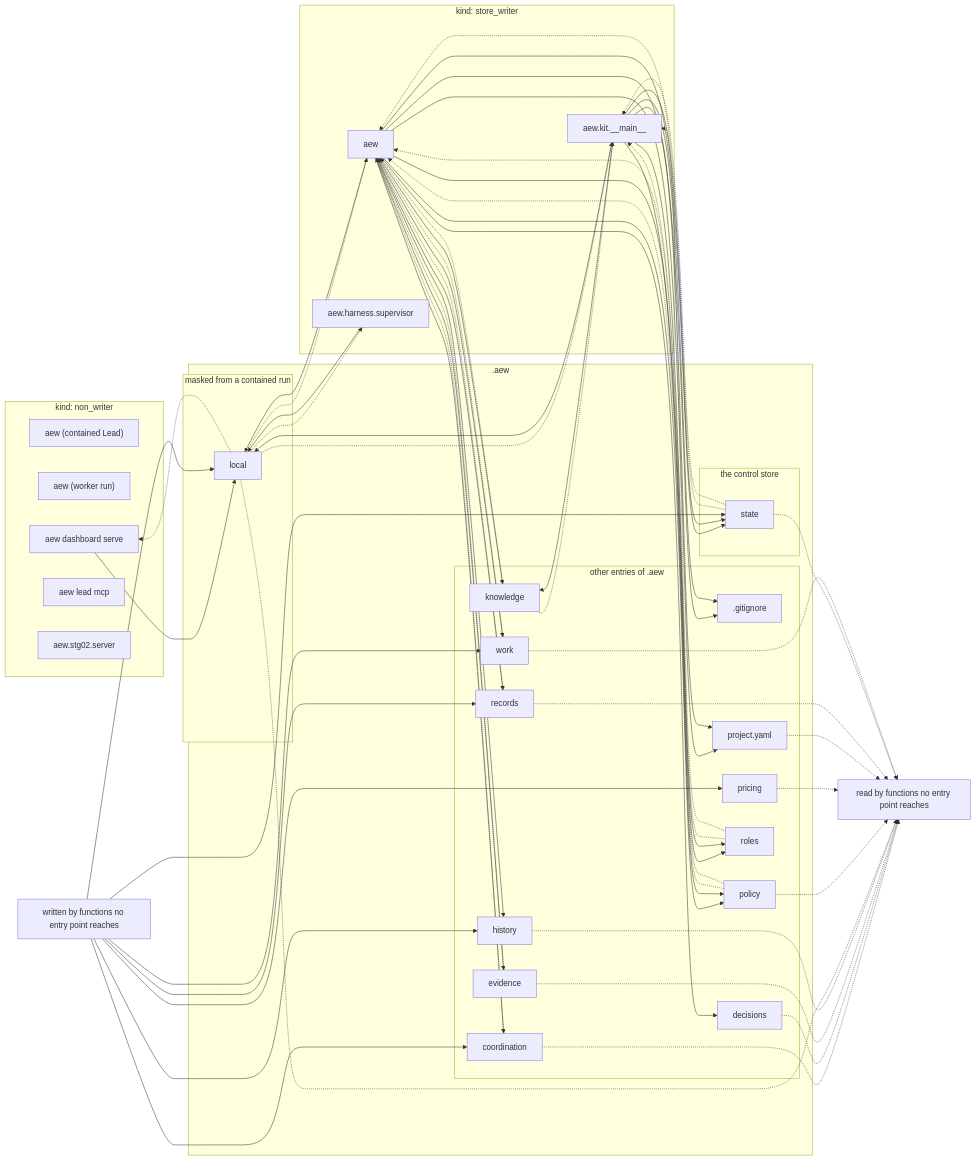
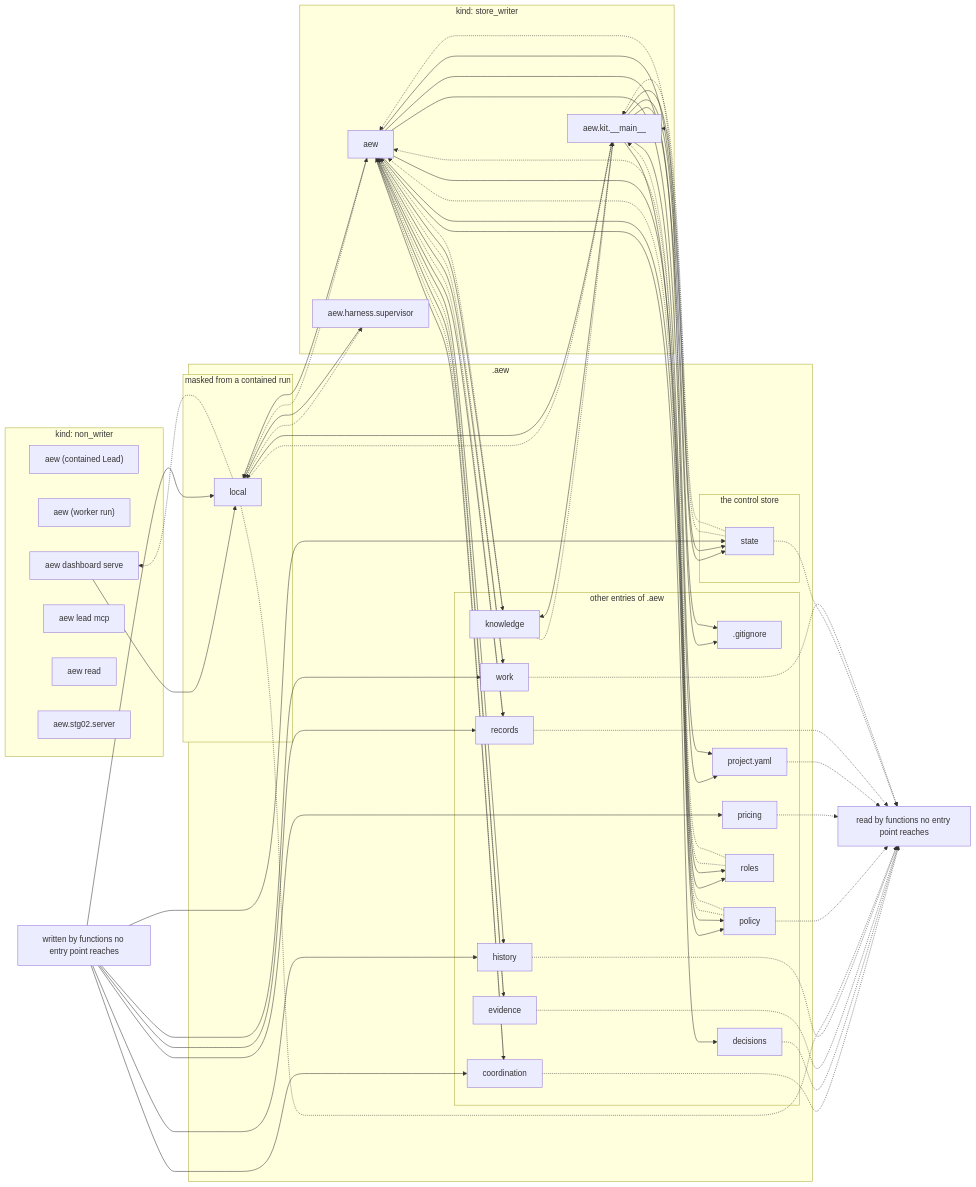
One commit to JonSmithTLT/Agentic-Engineering-Workflow changed the diagram in docs/reference/data-flow.md. Above: the diagram before and after it, drawn with Mermaid. The commit also changed other lines of this file and 34 other files, not shown here.

```diff
--- a/docs/reference/data-flow.md
+++ b/docs/reference/data-flow.md
@@ -9,6 +9,7 @@
         proc_aew_worker_run["aew (worker run)"]
         proc_aew_dashboard_serve["aew dashboard serve"]
         proc_aew_lead_mcp["aew lead mcp"]
+        proc_aew_read["aew read"]
         proc_aew_stg02_server["aew.stg02.server"]
     end
     subgraph kind_store_writer["kind: store_writer"]
```
